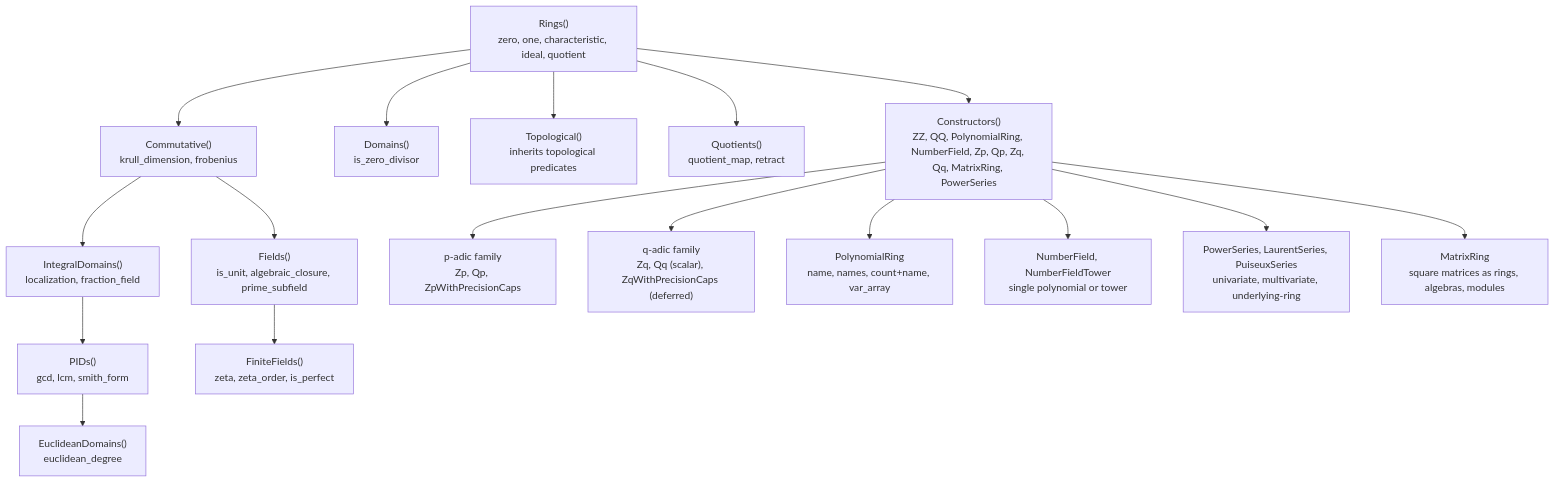
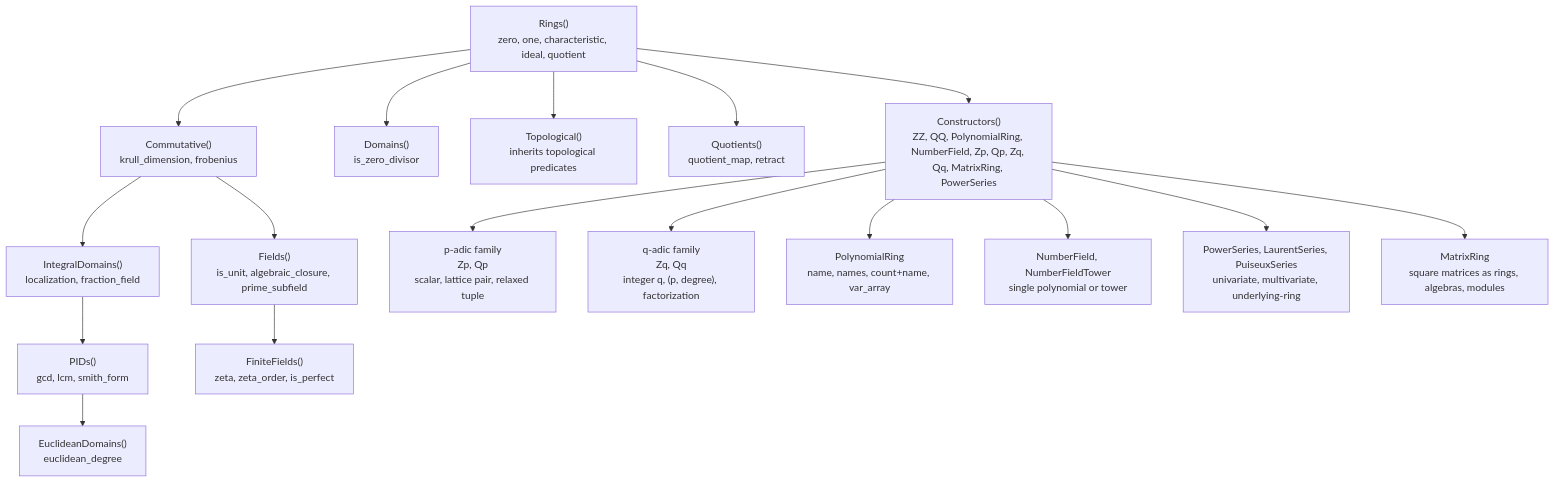
The diagram in .agents/plans/visuals/rings-category-hierarchy.md (dzackgarza/lattice-research), drawn with Mermaid before and after one commit. The commit also changed 93 other files, not shown here.

````diff
--- a/.agents/plans/visuals/rings-category-hierarchy.md
+++ b/.agents/plans/visuals/rings-category-hierarchy.md
@@ -3,25 +3,25 @@
 ```mermaid
 graph TD
     Rings["Rings()<br/>zero, one, characteristic, ideal, quotient"]
     Rings --> Commutative["Commutative()<br/>krull_dimension, frobenius"]
     Rings --> Domains["Domains()<br/>is_zero_divisor"]
     Rings --> Topological["Topological()<br/>inherits topological predicates"]
     
     Commutative --> IntegralDomains["IntegralDomains()<br/>localization, fraction_field"]
     Commutative --> Fields["Fields()<br/>is_unit, algebraic_closure, prime_subfield"]
     
     IntegralDomains --> PIDs["PIDs()<br/>gcd, lcm, smith_form"]
     PIDs --> EuclideanDomains["EuclideanDomains()<br/>euclidean_degree"]
     
     Fields --> FiniteFields["FiniteFields()<br/>zeta, zeta_order, is_perfect"]
     
     Rings --> Quotients["Quotients()<br/>quotient_map, retract"]
     Rings --> Constructors["Constructors()<br/>ZZ, QQ, PolynomialRing, NumberField, Zp, Qp, Zq, Qq, MatrixRing, PowerSeries"]
     
-    Constructors --> PAdic["p-adic family<br/>Zp, Qp, ZpWithPrecisionCaps"]
-    Constructors --> QAdic["q-adic family<br/>Zq, Qq (scalar), ZqWithPrecisionCaps (deferred)"]
+    Constructors --> PAdic["p-adic family<br/>Zp, Qp<br/>scalar, lattice pair, relaxed tuple"]
+    Constructors --> QAdic["q-adic family<br/>Zq, Qq<br/>integer q, (p, degree), factorization"]
     Constructors --> Polynomial["PolynomialRing<br/>name, names, count+name, var_array"]
     Constructors --> NumberField["NumberField, NumberFieldTower<br/>single polynomial or tower"]
     Constructors --> Series["PowerSeries, LaurentSeries, PuiseuxSeries<br/>univariate, multivariate, underlying-ring"]
     Constructors --> Matrix["MatrixRing<br/>square matrices as rings, algebras, modules"]
 ```
````
